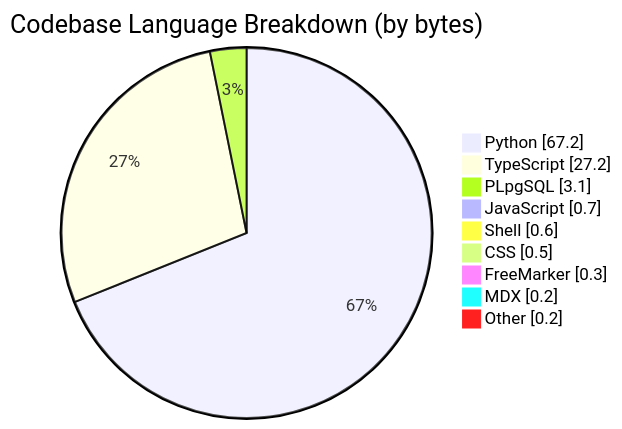
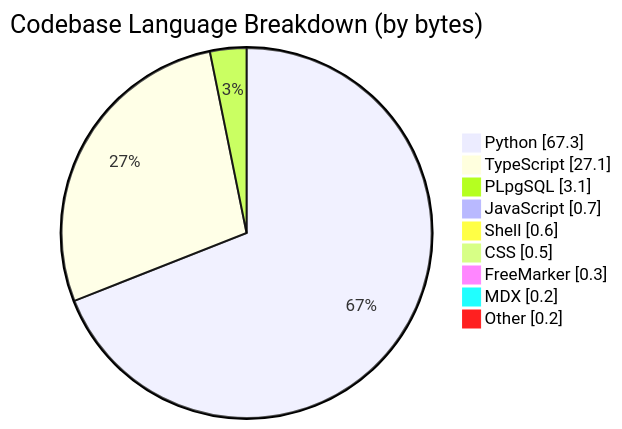
Before and after one commit to CSTH-Projects/.github: the third of 4 diagrams in profile/README.md, drawn with Mermaid. The commit also changed other lines of this file, not shown here.

````diff
--- a/profile/README.md
+++ b/profile/README.md
@@ -63,13 +63,13 @@
 ```mermaid
 pie showData
     title Codebase Language Breakdown (by bytes)
-    "Python" : 67.2
-    "TypeScript" : 27.2
+    "Python" : 67.3
+    "TypeScript" : 27.1
     "PLpgSQL" : 3.1
     "JavaScript" : 0.7
     "Shell" : 0.6
     "CSS" : 0.5
     "FreeMarker" : 0.3
     "MDX" : 0.2
     "Other" : 0.2
 ```
````
